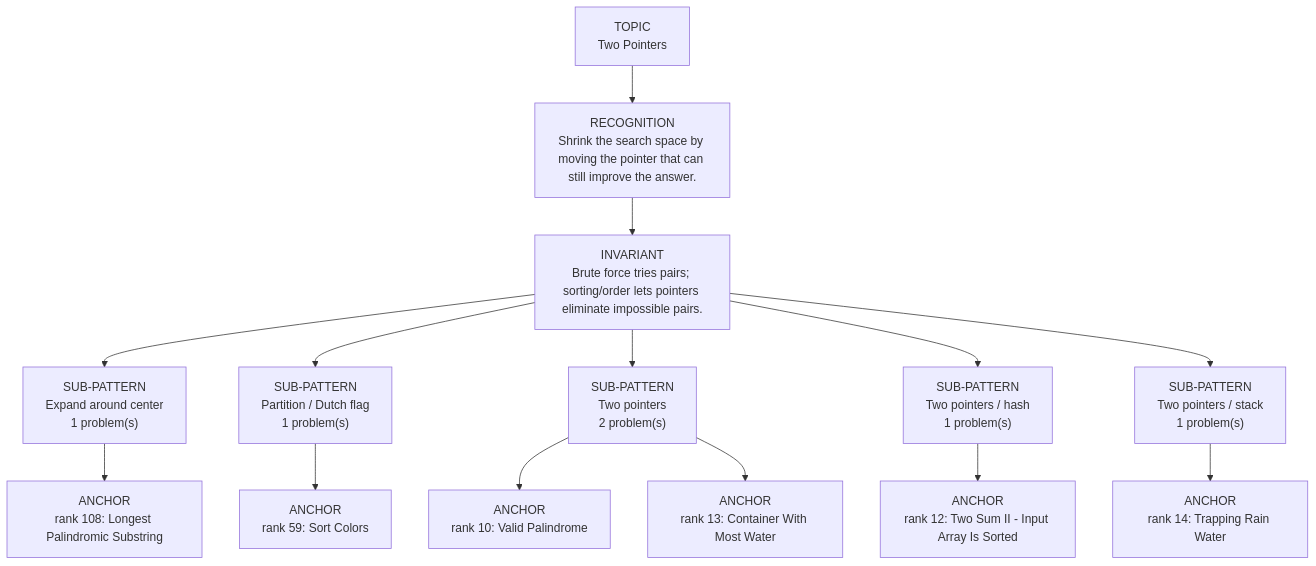
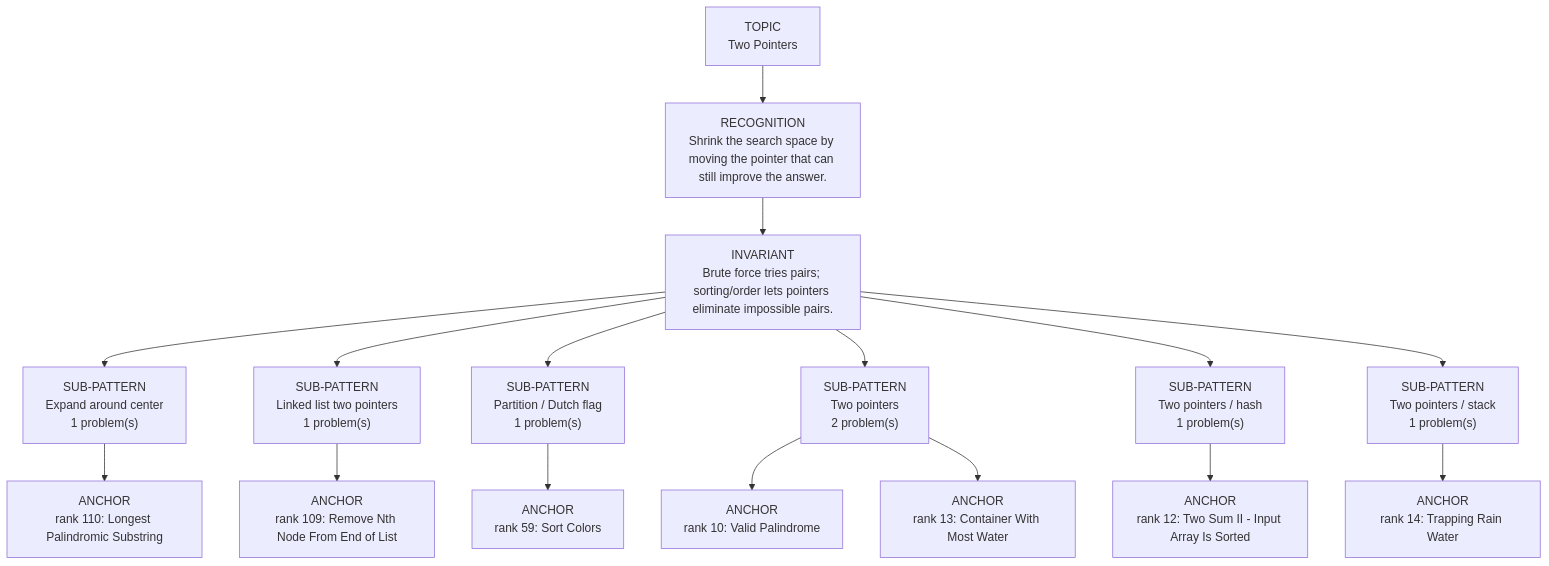
The diagram in dsa-review/interview/patterns/06_two_pointers.md (thechiranjeevjain/DSA10days), drawn with Mermaid before and after one commit. The commit also changed other lines of this file and 51 other files, not shown here.

````diff
--- a/dsa-review/interview/patterns/06_two_pointers.md
+++ b/dsa-review/interview/patterns/06_two_pointers.md
@@ -15,18 +15,20 @@
 ```mermaid
 flowchart TD
   Topic["TOPIC<br/>Two Pointers"]
   Recognition["RECOGNITION<br/>Shrink the search space by moving the pointer that can still improve the answer."]
   Invariant["INVARIANT<br/>Brute force tries pairs; sorting/order lets pointers eliminate impossible pairs."]
   Topic --> Recognition --> Invariant
   Invariant --> Sub01["SUB-PATTERN<br/>Expand around center<br/>1 problem(s)"]
-  Sub01 --> Sub01A01["ANCHOR<br/>rank 108: Longest Palindromic Substring"]
-  Invariant --> Sub02["SUB-PATTERN<br/>Partition / Dutch flag<br/>1 problem(s)"]
-  Sub02 --> Sub02A01["ANCHOR<br/>rank 59: Sort Colors"]
-  Invariant --> Sub03["SUB-PATTERN<br/>Two pointers<br/>2 problem(s)"]
-  Sub03 --> Sub03A01["ANCHOR<br/>rank 10: Valid Palindrome"]
-  Sub03 --> Sub03A02["ANCHOR<br/>rank 13: Container With Most Water"]
-  Invariant --> Sub04["SUB-PATTERN<br/>Two pointers / hash<br/>1 problem(s)"]
-  Sub04 --> Sub04A01["ANCHOR<br/>rank 12: Two Sum II - Input Array Is Sorted"]
-  Invariant --> Sub05["SUB-PATTERN<br/>Two pointers / stack<br/>1 problem(s)"]
-  Sub05 --> Sub05A01["ANCHOR<br/>rank 14: Trapping Rain Water"]
+  Sub01 --> Sub01A01["ANCHOR<br/>rank 110: Longest Palindromic Substring"]
+  Invariant --> Sub02["SUB-PATTERN<br/>Linked list two pointers<br/>1 problem(s)"]
+  Sub02 --> Sub02A01["ANCHOR<br/>rank 109: Remove Nth Node From End of List"]
+  Invariant --> Sub03["SUB-PATTERN<br/>Partition / Dutch flag<br/>1 problem(s)"]
+  Sub03 --> Sub03A01["ANCHOR<br/>rank 59: Sort Colors"]
+  Invariant --> Sub04["SUB-PATTERN<br/>Two pointers<br/>2 problem(s)"]
+  Sub04 --> Sub04A01["ANCHOR<br/>rank 10: Valid Palindrome"]
+  Sub04 --> Sub04A02["ANCHOR<br/>rank 13: Container With Most Water"]
+  Invariant --> Sub05["SUB-PATTERN<br/>Two pointers / hash<br/>1 problem(s)"]
+  Sub05 --> Sub05A01["ANCHOR<br/>rank 12: Two Sum II - Input Array Is Sorted"]
+  Invariant --> Sub06["SUB-PATTERN<br/>Two pointers / stack<br/>1 problem(s)"]
+  Sub06 --> Sub06A01["ANCHOR<br/>rank 14: Trapping Rain Water"]
 ```
````
